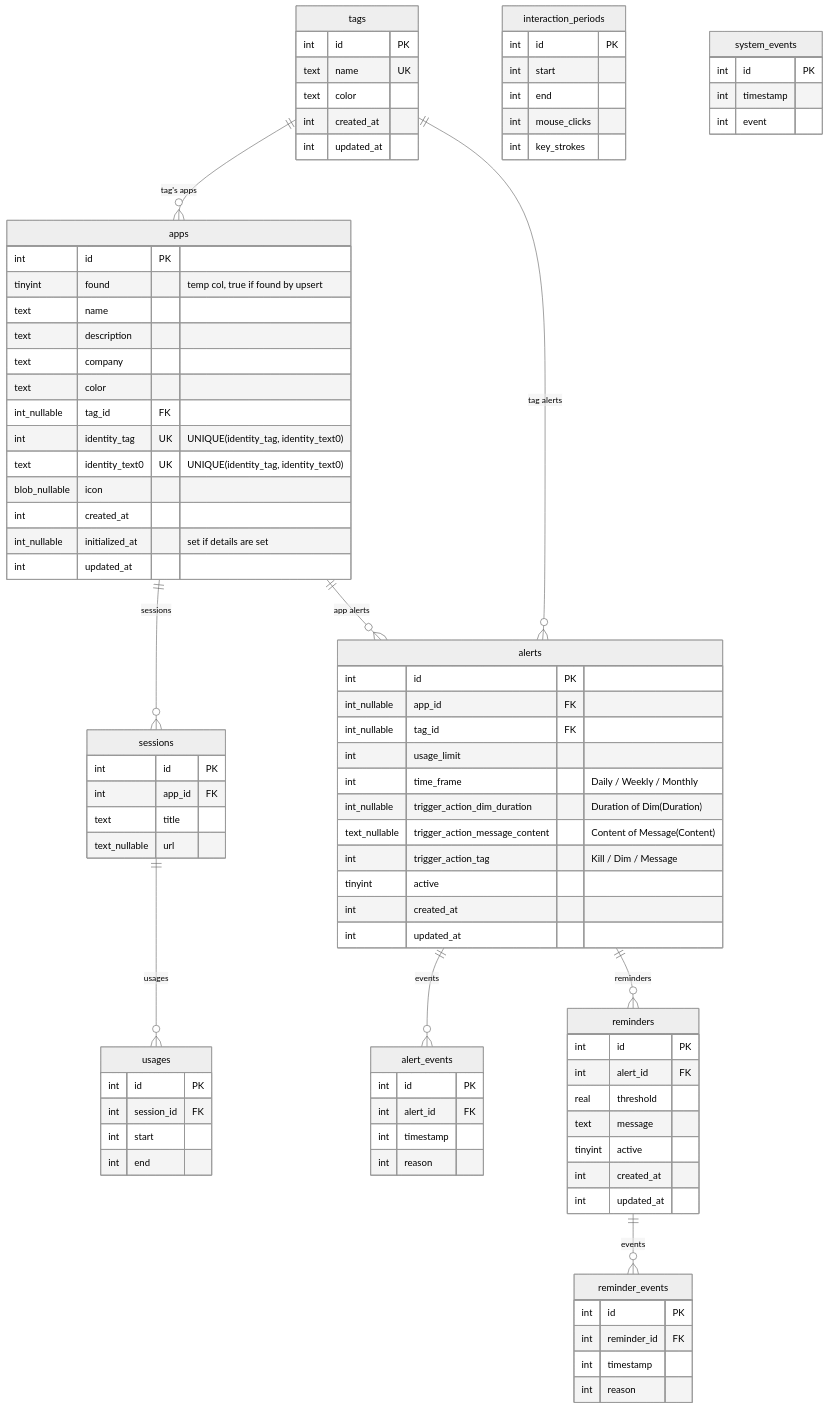
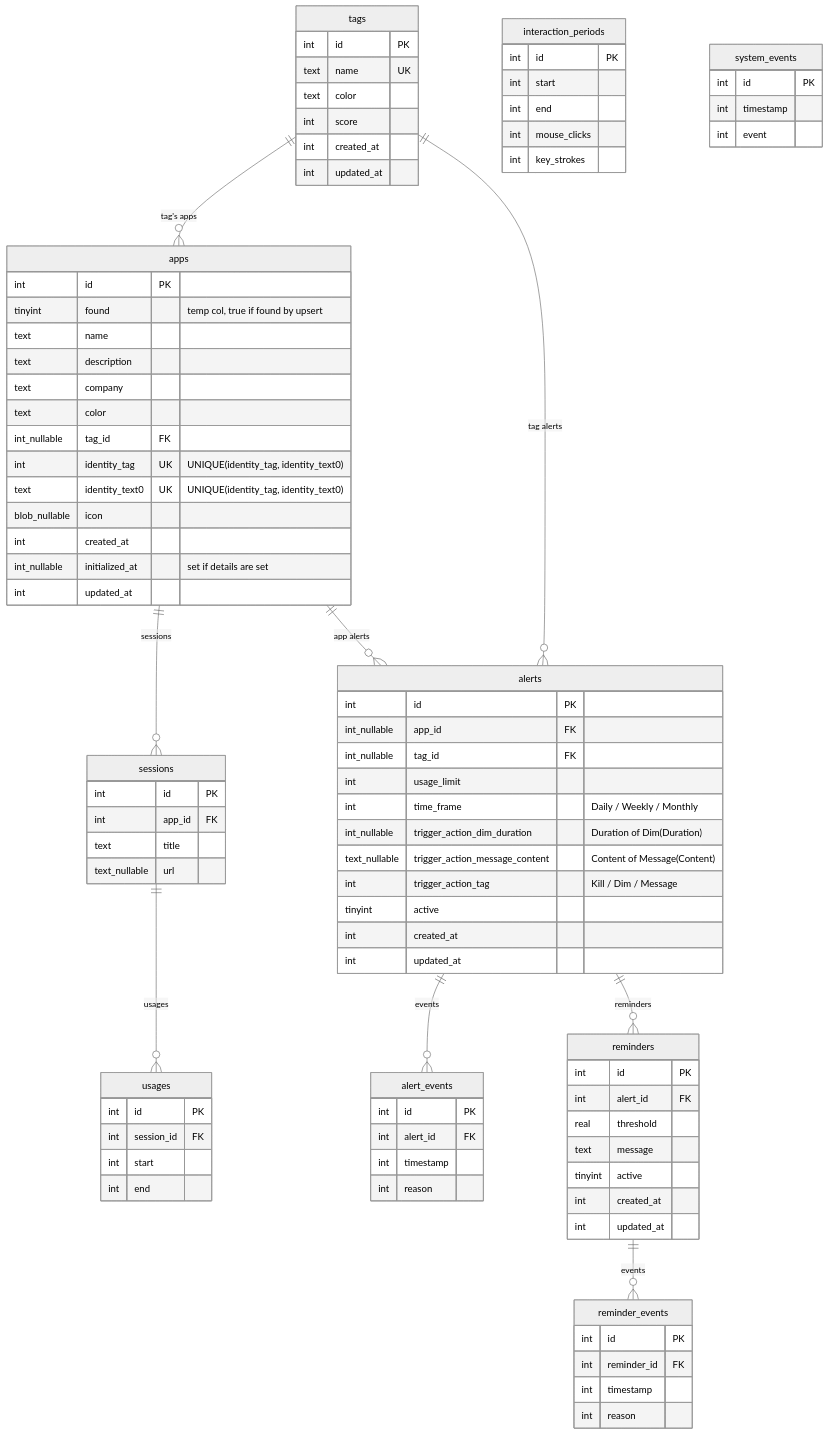
One commit to Enigmatrix/Cobalt changed the second of 2 diagrams in docs/ARCHITECTURE.md. Above: the diagram before and after it, drawn with Mermaid (neutral theme). The commit also changed 7 other files, not shown here.

```diff
--- a/docs/ARCHITECTURE.md
+++ b/docs/ARCHITECTURE.md
@@ -154,6 +154,7 @@
         int             id PK
         text            name UK
         text            color
+        int             score
         int             created_at
         int             updated_at
     }
```
